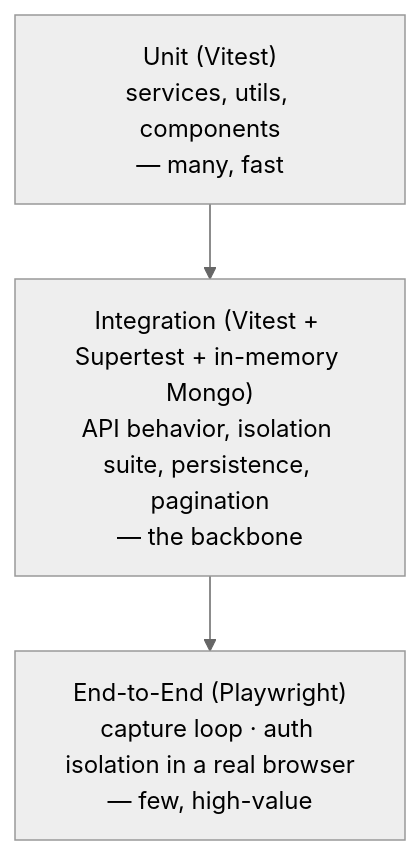
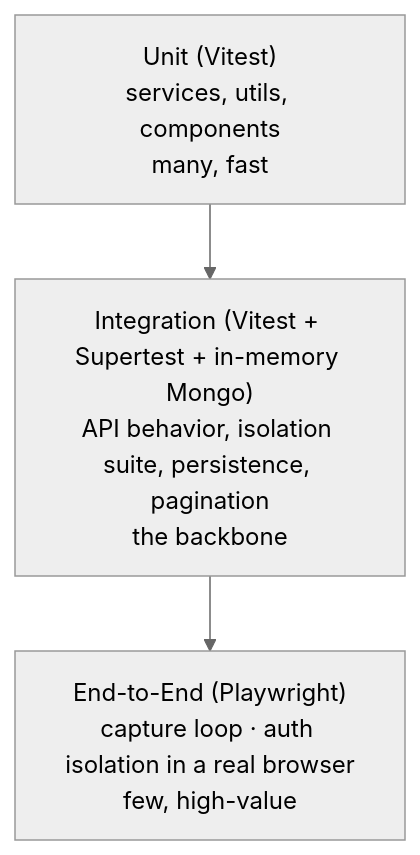
Before and after one commit to ahmedmshazly/trace-app: the diagram in docs/04-engineering/testing-strategy.md, drawn with Mermaid (neutral theme). The commit also changed other lines of this file and 78 other files, not shown here.

````diff
--- a/docs/04-engineering/testing-strategy.md
+++ b/docs/04-engineering/testing-strategy.md
@@ -19,7 +19,7 @@
 ```mermaid
 flowchart TB
-    e2e["End-to-End (Playwright)<br/>capture loop · auth isolation in a real browser<br/>— few, high-value"]
-    int["Integration (Vitest + Supertest + in-memory Mongo)<br/>API behavior, isolation suite, persistence, pagination<br/>— the backbone"]
-    unit["Unit (Vitest)<br/>services, utils, components<br/>— many, fast"]
+    e2e["End-to-End (Playwright)<br/>capture loop · auth isolation in a real browser<br/>few, high-value"]
+    int["Integration (Vitest + Supertest + in-memory Mongo)<br/>API behavior, isolation suite, persistence, pagination<br/>the backbone"]
+    unit["Unit (Vitest)<br/>services, utils, components<br/>many, fast"]
     unit --> int --> e2e
 ```
````
